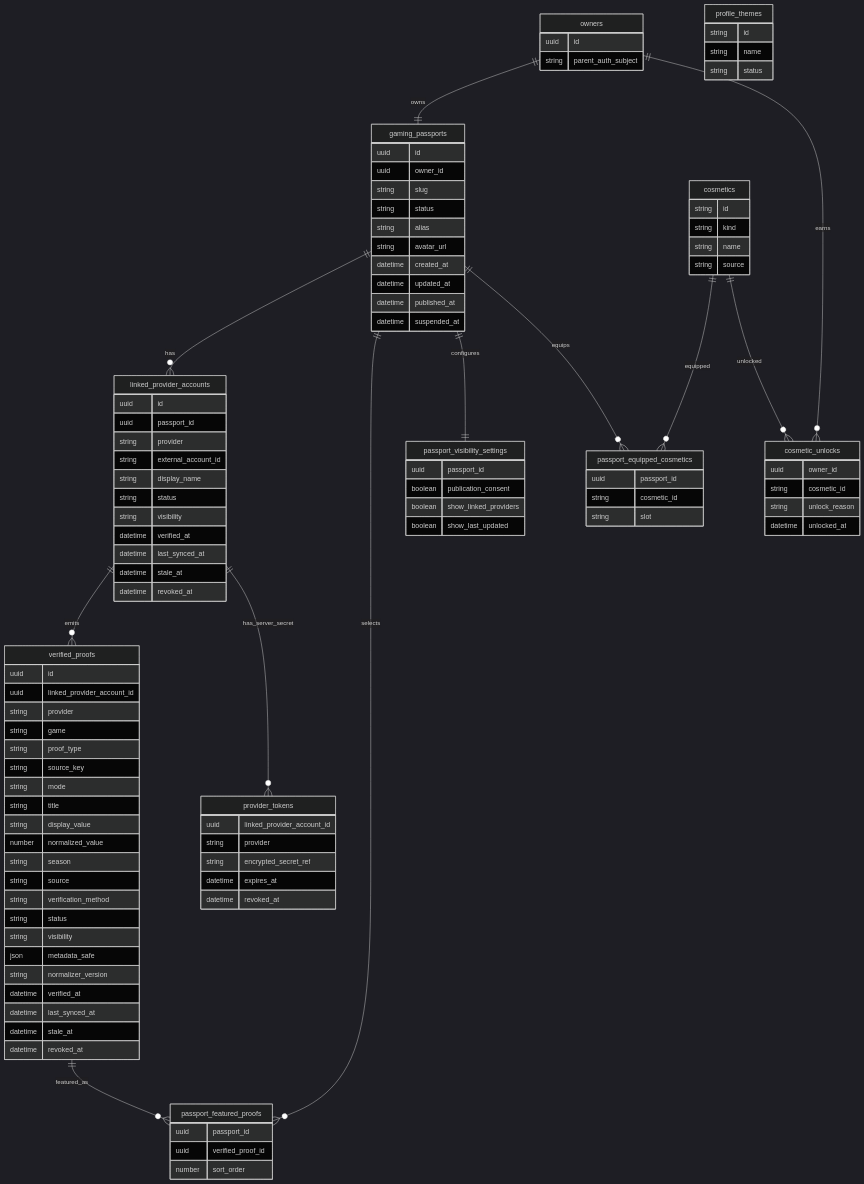
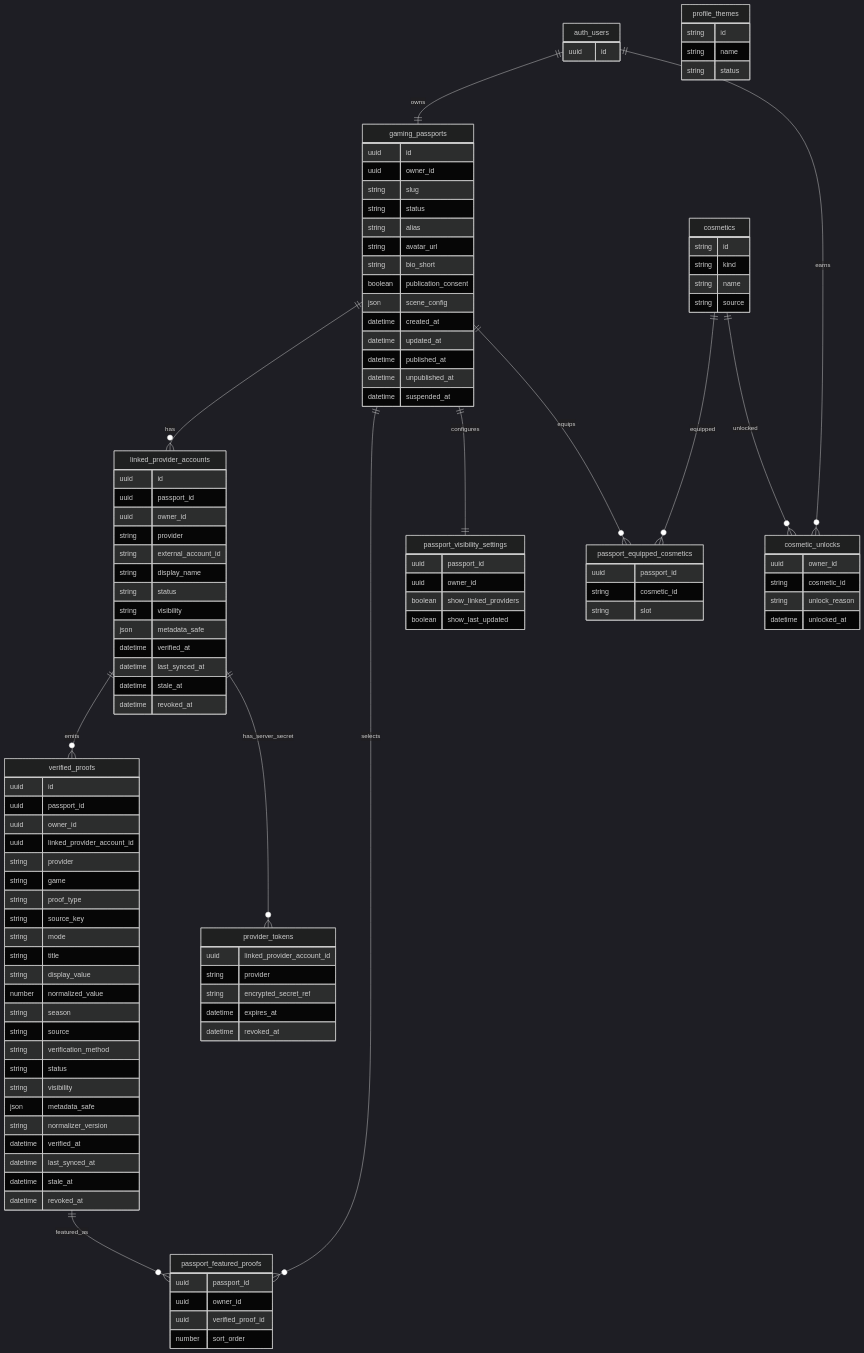
Before and after one commit to manzur316/TryhardNames: the diagram in docs/product/GAMING_PASSPORT_DATA_MODEL.md, drawn with Mermaid (dark theme). The commit also changed other lines of this file and 1 other file, not shown here.

````diff
--- a/docs/product/GAMING_PASSPORT_DATA_MODEL.md
+++ b/docs/product/GAMING_PASSPORT_DATA_MODEL.md
@@ -22,6 +46,6 @@
 ```mermaid
 erDiagram
-  owners ||--|| gaming_passports : owns
+  auth_users ||--|| gaming_passports : owns
   gaming_passports ||--o{ linked_provider_accounts : has
   linked_provider_accounts ||--o{ verified_proofs : emits
   gaming_passports ||--o{ passport_featured_proofs : selects
@@ -29,13 +53,12 @@
   gaming_passports ||--|| passport_visibility_settings : configures
   gaming_passports ||--o{ passport_equipped_cosmetics : equips
   cosmetics ||--o{ passport_equipped_cosmetics : equipped
-  owners ||--o{ cosmetic_unlocks : earns
+  auth_users ||--o{ cosmetic_unlocks : earns
   cosmetics ||--o{ cosmetic_unlocks : unlocked
   linked_provider_accounts ||--o{ provider_tokens : has_server_secret
 
-  owners {
+  auth_users {
     uuid id
-    string parent_auth_subject
   }
 
   gaming_passports {
@@ -45,20 +68,26 @@
     string status
     string alias
     string avatar_url
+    string bio_short
+    boolean publication_consent
+    json scene_config
     datetime created_at
     datetime updated_at
     datetime published_at
+    datetime unpublished_at
     datetime suspended_at
   }
 
   linked_provider_accounts {
     uuid id
     uuid passport_id
+    uuid owner_id
     string provider
     string external_account_id
     string display_name
     string status
     string visibility
+    json metadata_safe
     datetime verified_at
     datetime last_synced_at
     datetime stale_at
@@ -67,6 +96,8 @@
 
   verified_proofs {
     uuid id
+    uuid passport_id
+    uuid owner_id
     uuid linked_provider_account_id
     string provider
     string game
@@ -91,13 +122,14 @@
 
   passport_featured_proofs {
     uuid passport_id
+    uuid owner_id
     uuid verified_proof_id
     number sort_order
   }
 
   passport_visibility_settings {
     uuid passport_id
-    boolean publication_consent
+    uuid owner_id
     boolean show_linked_providers
     boolean show_last_updated
   }
````
